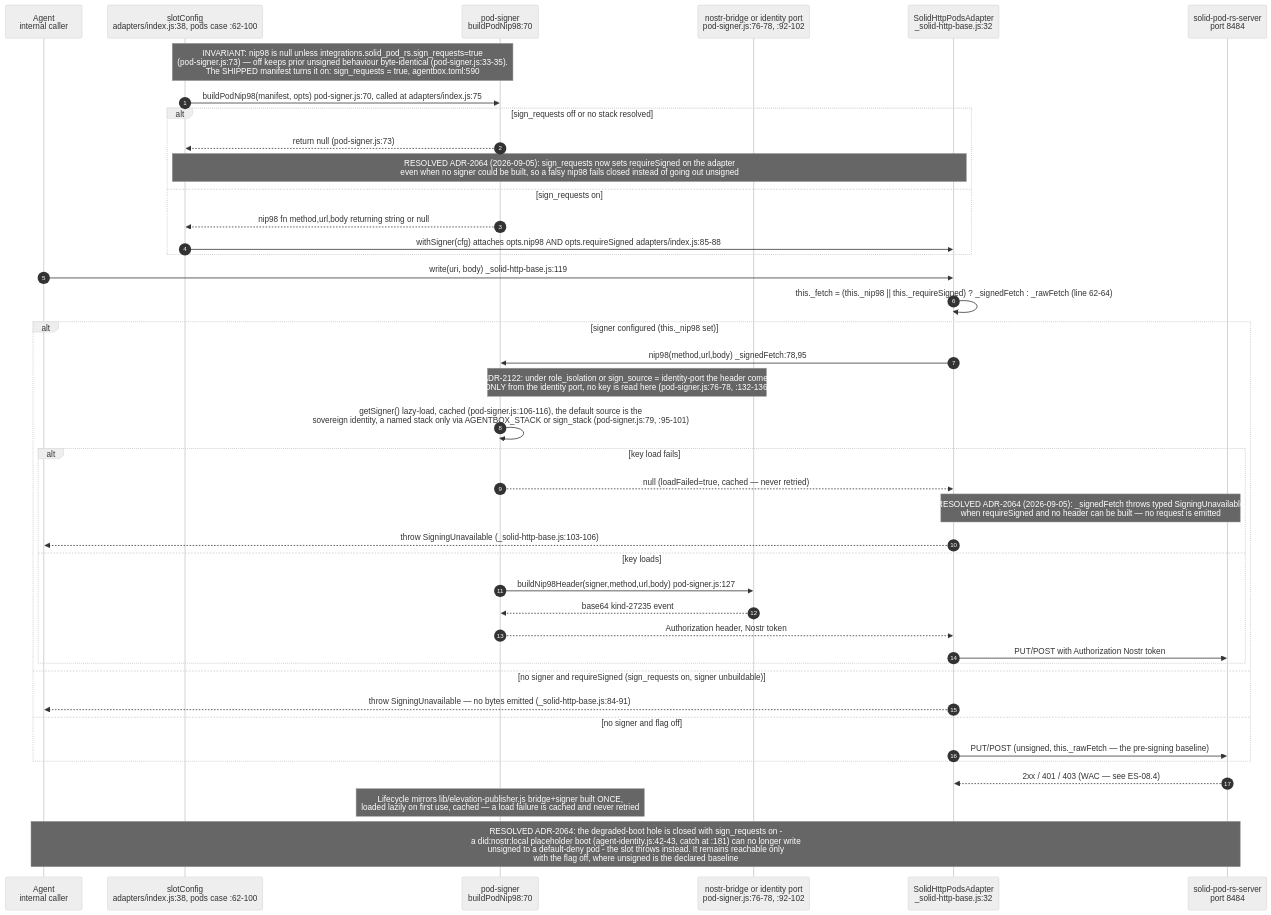
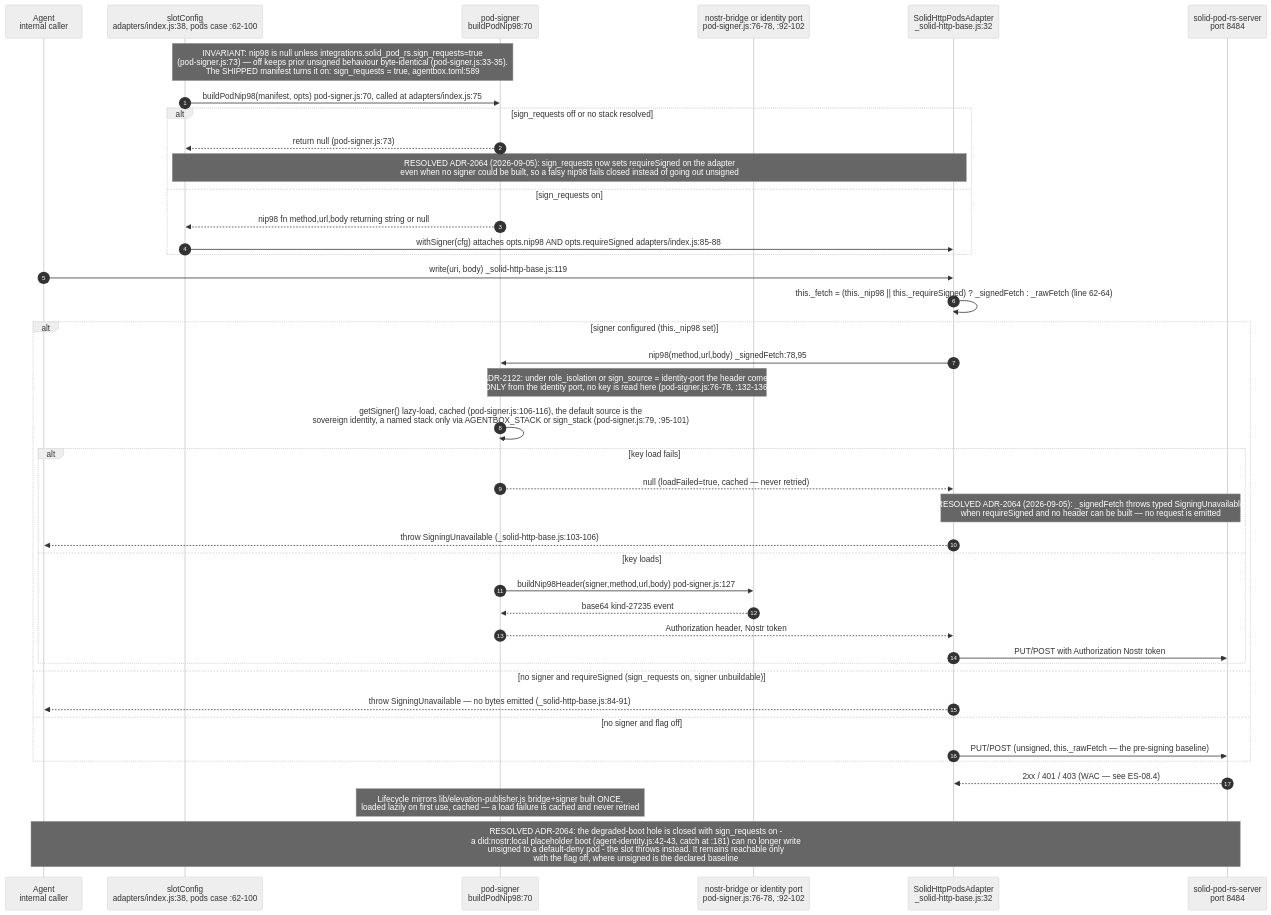
Before and after one commit to DreamLab-AI/VisionFlow: the second of 13 diagrams in docs/diagrams/estate/08-solid-pod-estate.md, drawn with Mermaid (neutral theme). The commit also changed other lines of this file and 5 other files, not shown here.

````diff
--- a/docs/diagrams/estate/08-solid-pod-estate.md
+++ b/docs/diagrams/estate/08-solid-pod-estate.md
@@ -90,47 +91,47 @@
 ```mermaid
 sequenceDiagram
     autonumber
     participant AG as Agent<br/>internal caller
     participant ADP as slotConfig<br/>adapters/index.js:38, pods case :62-100
     participant PS as pod-signer<br/>buildPodNip98:70
     participant BR as nostr-bridge or identity port<br/>pod-signer.js:76-78, :92-102
     participant BASE as SolidHttpPodsAdapter<br/>_solid-http-base.js:32
     participant SRV as solid-pod-rs-server<br/>port 8484
 
-    Note over ADP,PS: INVARIANT: nip98 is null unless integrations.solid_pod_rs.sign_requests=true<br/>(pod-signer.js:73) — off keeps prior unsigned behaviour byte-identical (pod-signer.js:33-35).<br/>The SHIPPED manifest turns it on: sign_requests = true, agentbox.toml:590
+    Note over ADP,PS: INVARIANT: nip98 is null unless integrations.solid_pod_rs.sign_requests=true<br/>(pod-signer.js:73) — off keeps prior unsigned behaviour byte-identical (pod-signer.js:33-35).<br/>The SHIPPED manifest turns it on: sign_requests = true, agentbox.toml:589
 
     ADP->>PS: buildPodNip98(manifest, opts) pod-signer.js:70, called at adapters/index.js:75
     alt sign_requests off or no stack resolved
         PS-->>ADP: return null (pod-signer.js:73)
         Note over ADP,BASE: RESOLVED ADR-2064 (2026-09-05): sign_requests now sets requireSigned on the adapter<br/>even when no signer could be built, so a falsy nip98 fails closed instead of going out unsigned
     else sign_requests on
         PS-->>ADP: nip98 fn method,url,body returning string or null
         ADP->>BASE: withSigner(cfg) attaches opts.nip98 AND opts.requireSigned adapters/index.js:85-88
     end
 
     AG->>BASE: write(uri, body) _solid-http-base.js:119
     BASE->>BASE: this._fetch = (this._nip98 || this._requireSigned) ? _signedFetch : _rawFetch (line 62-64)
     alt signer configured (this._nip98 set)
         BASE->>PS: nip98(method,url,body) _signedFetch:78,95
         Note over PS,BR: ADR-2122: under role_isolation or sign_source = identity-port the header comes<br/>ONLY from the identity port, no key is read here (pod-signer.js:76-78, :132-136)
         PS->>PS: getSigner() lazy-load, cached (pod-signer.js:106-116), the default source is the<br/>sovereign identity, a named stack only via AGENTBOX_STACK or sign_stack (pod-signer.js:79, :95-101)
         alt key load fails
             PS-->>BASE: null (loadFailed=true, cached — never retried)
             Note over BASE,SRV: RESOLVED ADR-2064 (2026-09-05): _signedFetch throws typed SigningUnavailable<br/>when requireSigned and no header can be built — no request is emitted
             BASE-->>AG: throw SigningUnavailable (_solid-http-base.js:103-106)
         else key loads
             PS->>BR: buildNip98Header(signer,method,url,body) pod-signer.js:127
             BR-->>PS: base64 kind-27235 event
             PS-->>BASE: Authorization header, Nostr token
             BASE->>SRV: PUT/POST with Authorization Nostr token
         end
     else no signer and requireSigned (sign_requests on, signer unbuildable)
         BASE-->>AG: throw SigningUnavailable — no bytes emitted (_solid-http-base.js:84-91)
     else no signer and flag off
         BASE->>SRV: PUT/POST (unsigned, this._rawFetch — the pre-signing baseline)
     end
     SRV-->>BASE: 2xx / 401 / 403 (WAC — see ES-08.4)
 
     Note over PS: Lifecycle mirrors lib/elevation-publisher.js bridge+signer built ONCE,<br/>loaded lazily on first use, cached — a load failure is cached and never retried
     Note over AG,SRV: RESOLVED ADR-2064: the degraded-boot hole is closed with sign_requests on -<br/>a did:nostr:local placeholder boot (agent-identity.js:42-43, catch at :181) can no longer write<br/>unsigned to a default-deny pod - the slot throws instead. It remains reachable only<br/>with the flag off, where unsigned is the declared baseline
 ```
````
